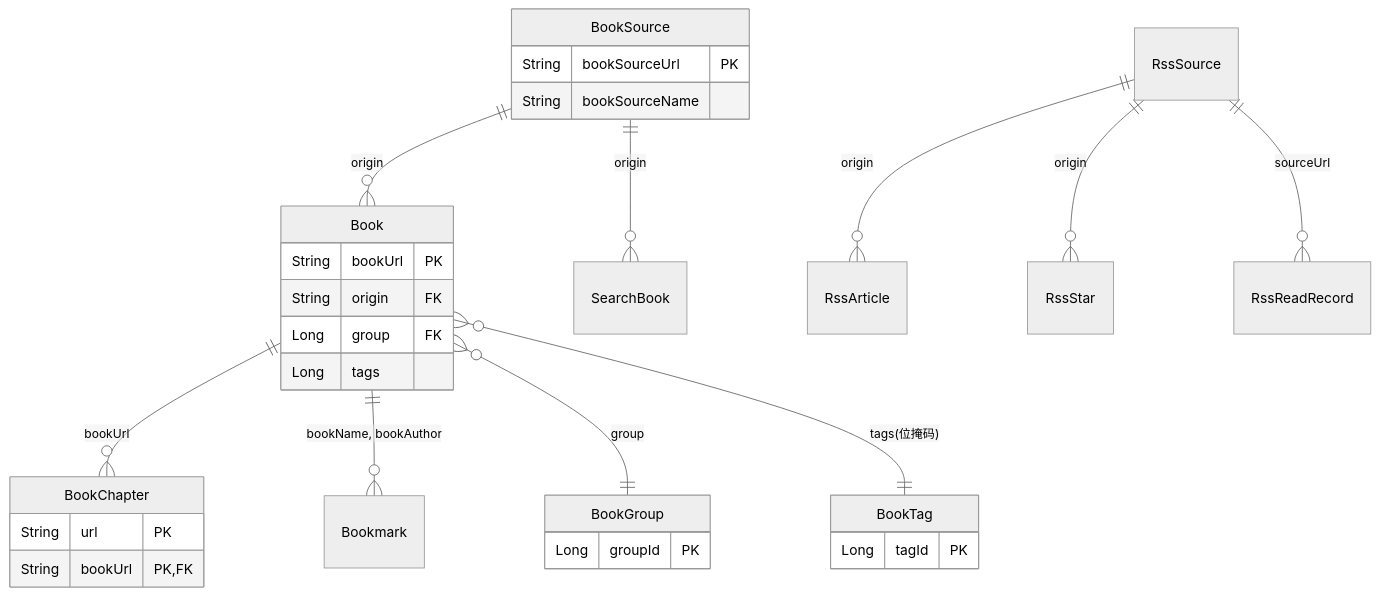
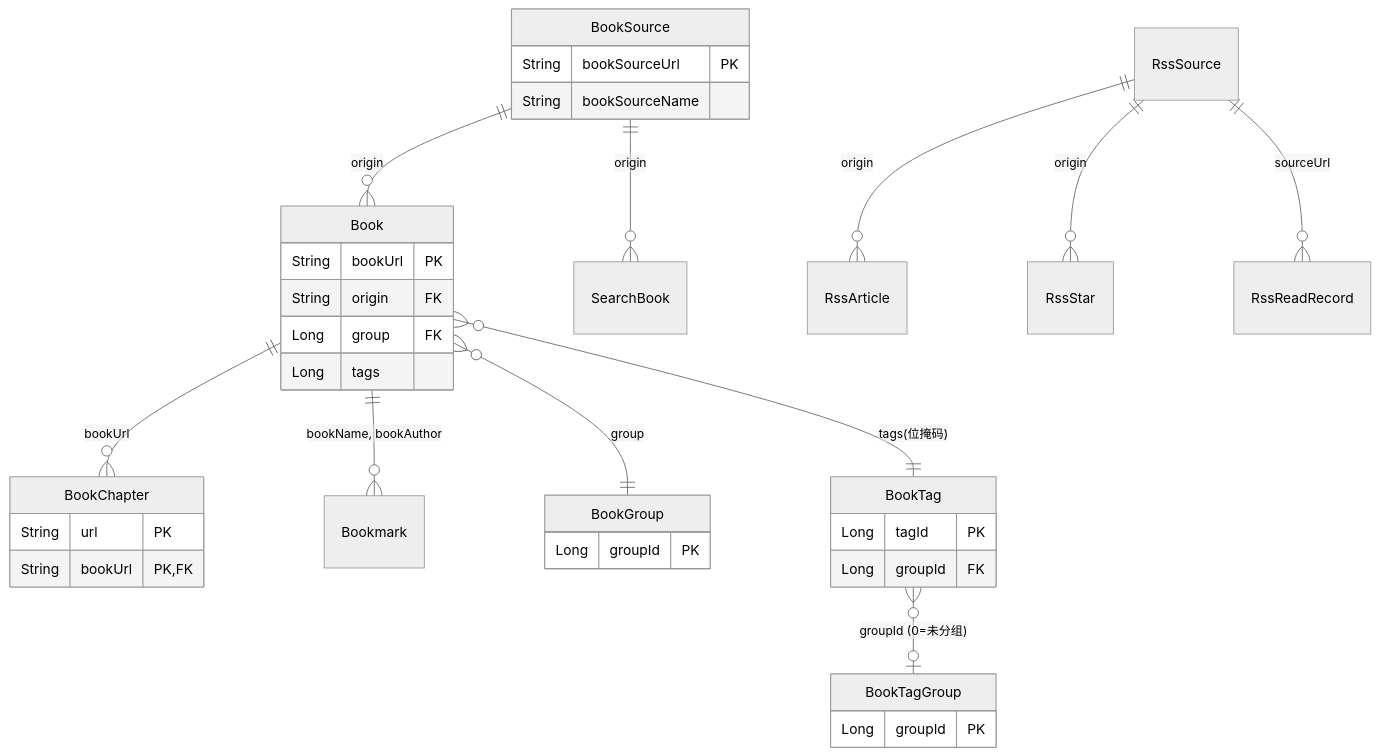
One commit to kkfd008/legado changed the diagram in PRD.md. Above: the diagram before and after it, drawn with Mermaid (neutral theme). The commit also changed other lines of this file and 20 other files, not shown here.

````diff
--- a/PRD.md
+++ b/PRD.md
@@ -779,33 +780,38 @@
 ```mermaid
 erDiagram
     BookSource ||--o{ Book : "origin"
     BookSource ||--o{ SearchBook : "origin"
     Book ||--o{ BookChapter : "bookUrl"
     Book ||--o{ Bookmark : "bookName, bookAuthor"
     Book }o--|| BookGroup : "group"
     Book }o--|| BookTag : "tags(位掩码)"
+    BookTag }o--o| BookTagGroup : "groupId (0=未分组)"
     RssSource ||--o{ RssArticle : "origin"
     RssSource ||--o{ RssStar : "origin"
     RssSource ||--o{ RssReadRecord : "sourceUrl"
     
     BookSource {
         String bookSourceUrl PK
         String bookSourceName
     }
     Book {
         String bookUrl PK
         String origin FK
         Long group FK
         Long tags
     }
     BookChapter {
         String url PK
         String bookUrl PK,FK
     }
     BookGroup {
         Long groupId PK
     }
     BookTag {
         Long tagId PK
+        Long groupId FK
+    }
+    BookTagGroup {
+        Long groupId PK
     }
 ```
````
